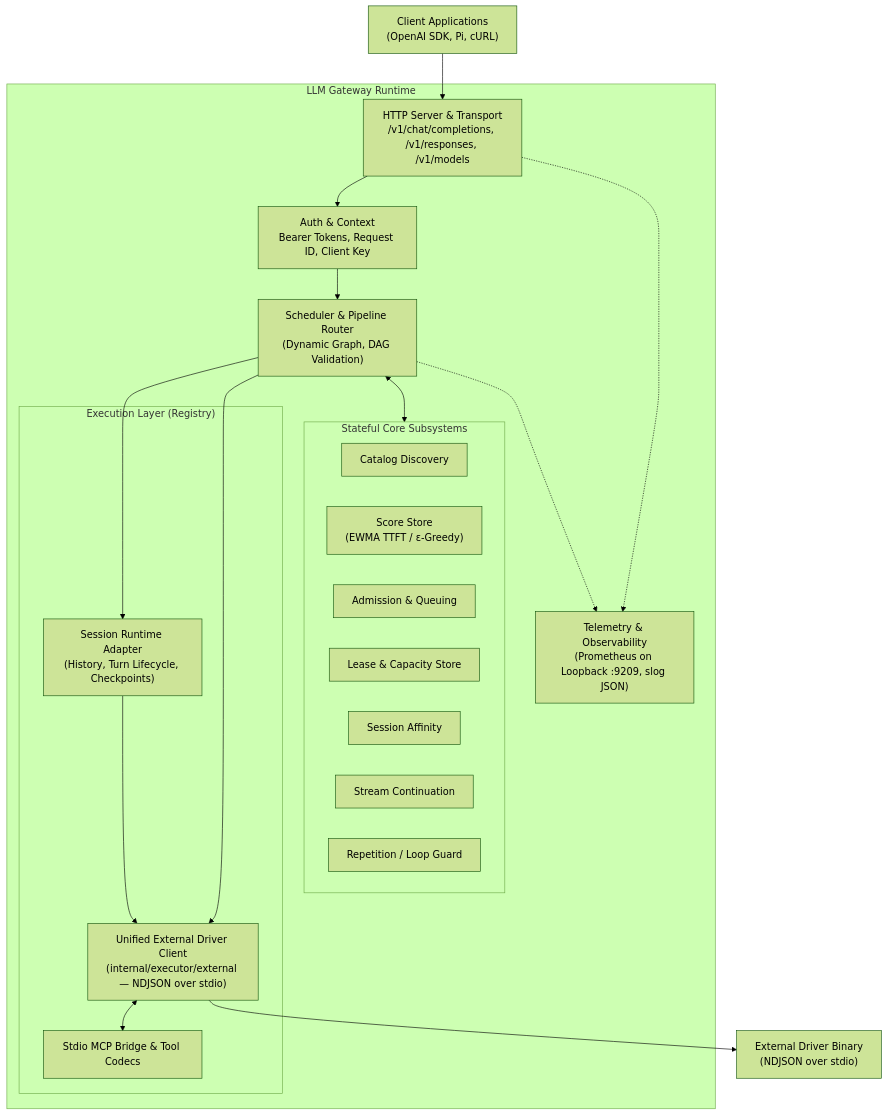
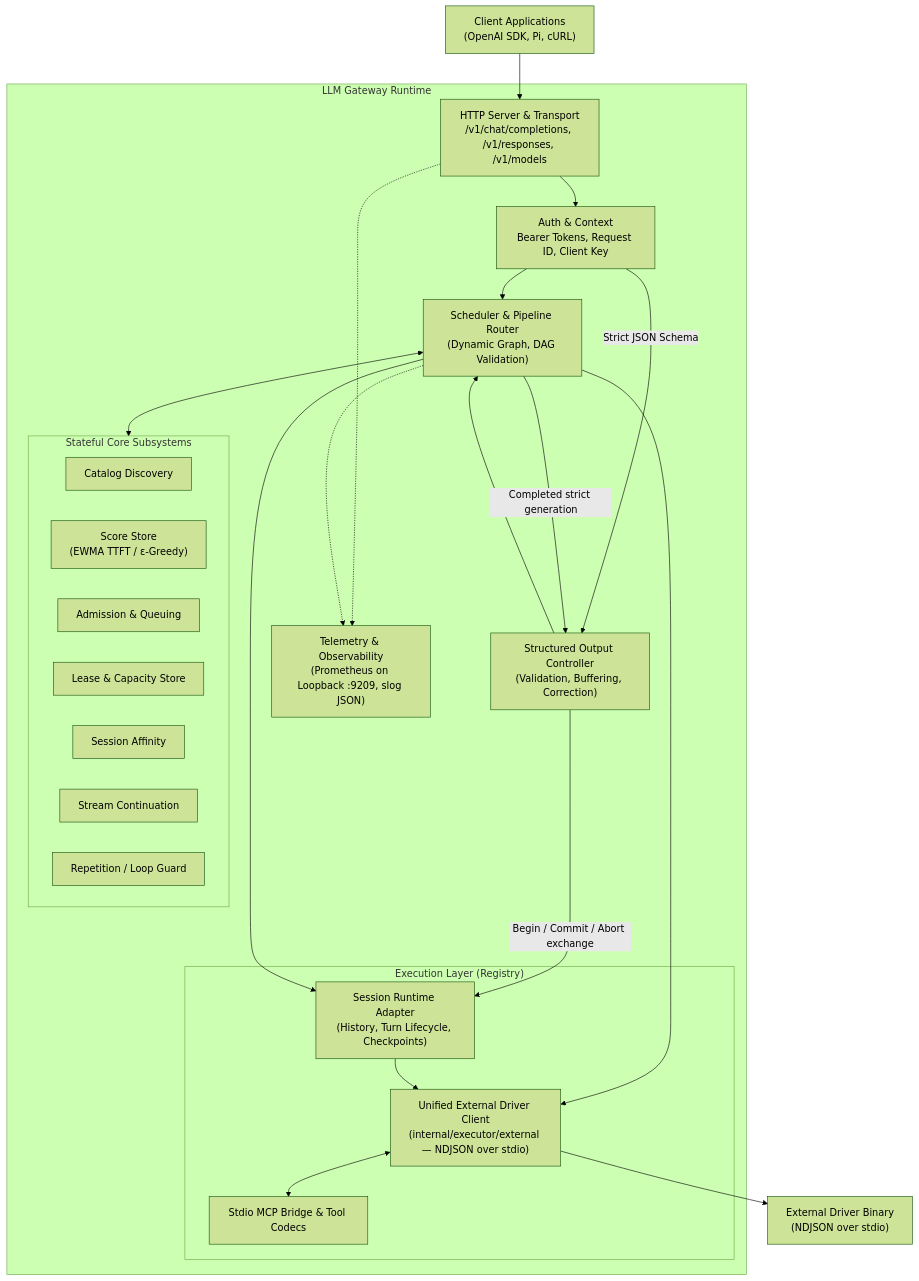
Before and after one commit to mytecor/llm-gateway: the first of 4 diagrams in ARCHITECTURE.md, drawn with Mermaid (forest theme). The commit also changed other lines of this file and 31 other files, not shown here.

Commit message:
feat: validate and correct strict structured outputs across executors

````diff
--- a/ARCHITECTURE.md
+++ b/ARCHITECTURE.md
@@ -11,45 +11,50 @@
 ```mermaid
 flowchart TD
     Client["Client Applications<br/>(OpenAI SDK, Pi, cURL)"]
     
     subgraph Gateway["LLM Gateway Runtime"]
         Server["HTTP Server & Transport<br/>/v1/chat/completions, /v1/responses, /v1/models"]
         Auth["Auth & Context<br/>Bearer Tokens, Request ID, Client Key"]
         
+        Structured["Structured Output Controller<br/>(Validation, Buffering, Correction)"]
         Scheduler["Scheduler & Pipeline Router<br/>(Dynamic Graph, DAG Validation)"]
         
         subgraph Subsystems["Stateful Core Subsystems"]
             Catalog["Catalog Discovery"]
             ScoreStore["Score Store<br/>(EWMA TTFT / ε-Greedy)"]
             Admission["Admission & Queuing"]
             Lease["Lease & Capacity Store"]
             Affinity["Session Affinity"]
             Continue["Stream Continuation"]
             Repetition["Repetition / Loop Guard"]
         end
 
         subgraph Executors["Execution Layer (Registry)"]
             SessionExec["Session Runtime Adapter<br/>(History, Turn Lifecycle, Checkpoints)"]
             ExternalDriver["Unified External Driver Client<br/>(internal/executor/external — NDJSON over stdio)"]
             MCPSystem["Stdio MCP Bridge & Tool Codecs"]
         end
         
         Telemetry["Telemetry & Observability<br/>(Prometheus on Loopback :9209, slog JSON)"]
     end
 
     Driver["External Driver Binary<br/>(NDJSON over stdio)"]
 
     Client --> Server
     Server --> Auth
     Auth --> Scheduler
+    Auth -->|Strict JSON Schema| Structured
+    Structured --> Scheduler
+    Scheduler -->|Completed strict generation| Structured
+    Structured -->|Begin / Commit / Abort exchange| SessionExec
     Scheduler <--> Subsystems
     Scheduler --> ExternalDriver
     Scheduler --> SessionExec
     
     SessionExec --> ExternalDriver
     ExternalDriver <--> MCPSystem
     ExternalDriver --> Driver
     
     Server -.-> Telemetry
     Scheduler -.-> Telemetry
 ```
````
